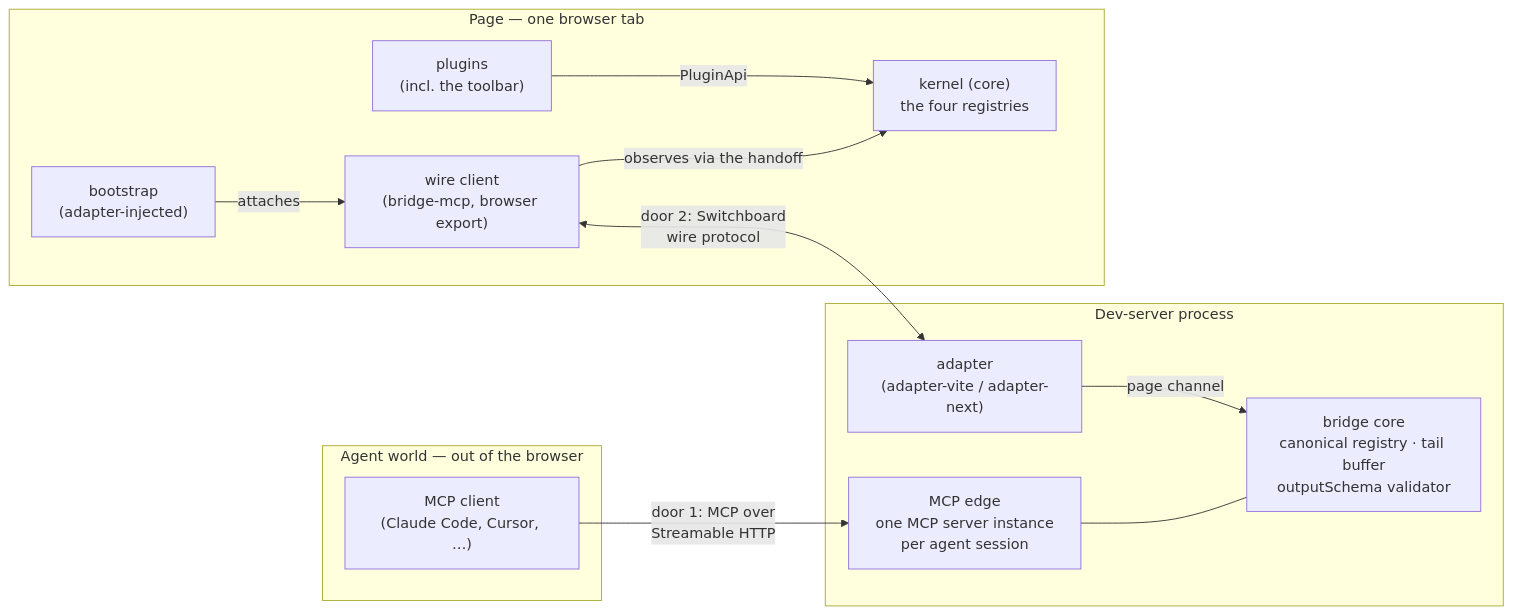
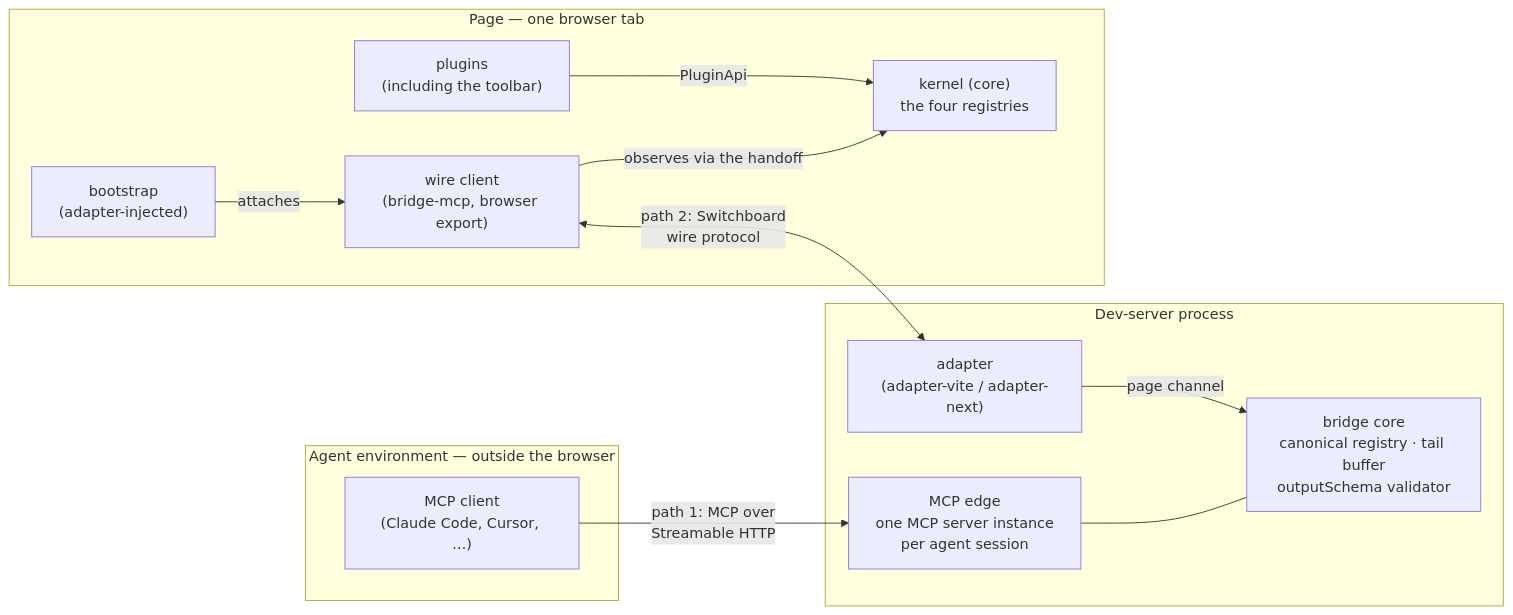
Before and after one commit to bitwhys/switchboard: the diagram in docs/architecture/topology.md, drawn with Mermaid. The commit also changed other lines of this file, not shown here.

Commit message:
Refactor docs/architecture/topology.md to use clearer, more direct tone

````diff
--- a/docs/architecture/topology.md
+++ b/docs/architecture/topology.md
@@ -9,24 +9,24 @@
 ```mermaid
 flowchart LR
-  subgraph agent["Agent world — out of the browser"]
+  subgraph agent["Agent environment — outside the browser"]
     AGENT["MCP client<br/>(Claude Code, Cursor, …)"]
   end
   subgraph server["Dev-server process"]
     EDGE["MCP edge<br/>one MCP server instance<br/>per agent session"]
     BRIDGE["bridge core<br/>canonical registry · tail buffer<br/>outputSchema validator"]
     ADAPTER["adapter<br/>(adapter-vite / adapter-next)"]
     EDGE --- BRIDGE
     ADAPTER -->|"page channel"| BRIDGE
   end
   subgraph page["Page — one browser tab"]
     BOOT["bootstrap<br/>(adapter-injected)"]
     WIRE["wire client<br/>(bridge-mcp, browser export)"]
     KERNEL["kernel (core)<br/>the four registries"]
-    PLUGINS["plugins<br/>(incl. the toolbar)"]
+    PLUGINS["plugins<br/>(including the toolbar)"]
     BOOT -->|"attaches"| WIRE
     WIRE -->|"observes via the handoff"| KERNEL
     PLUGINS -->|"PluginApi"| KERNEL
   end
-  AGENT -->|"door 1: MCP over<br/>Streamable HTTP"| EDGE
-  WIRE <-->|"door 2: Switchboard<br/>wire protocol"| ADAPTER
+  AGENT -->|"path 1: MCP over<br/>Streamable HTTP"| EDGE
+  WIRE <-->|"path 2: Switchboard<br/>wire protocol"| ADAPTER
 ```
````
